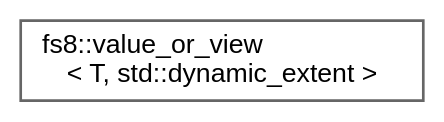
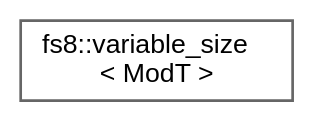
The diagram in api/inherit_graph_133.dot (the-moisrex/foresight), drawn with Graphviz before and after one commit. The commit also changed 201 other files, not shown here.

```diff
--- a/api/inherit_graph_133.dot
+++ b/api/inherit_graph_133.dot
@@ -1,9 +1,9 @@
 digraph "Graphical Class Hierarchy"
 {
  // LATEX_PDF_SIZE
   bgcolor="transparent";
   edge [fontname=Helvetica,fontsize=10,labelfontname=Helvetica,labelfontsize=10];
   node [fontname=Helvetica,fontsize=10,shape=box,height=0.2,width=0.4];
   rankdir="LR";
-  Node0 [id="Node000000",label="fs8::value_or_view\l\< T, std::dynamic_extent \>",height=0.2,width=0.4,color="grey40", fillcolor="white", style="filled",URL="$structfs8_1_1value__or__view_3_01T_00_01std_1_1dynamic__extent_01_4.html",tooltip=" "];
+  Node0 [id="Node000000",label="fs8::variable_size\l\< ModT \>",height=0.2,width=0.4,color="grey40", fillcolor="white", style="filled",URL="$structfs8_1_1variable__size_3_01ModT_01_4.html",tooltip=" "];
 }
```
